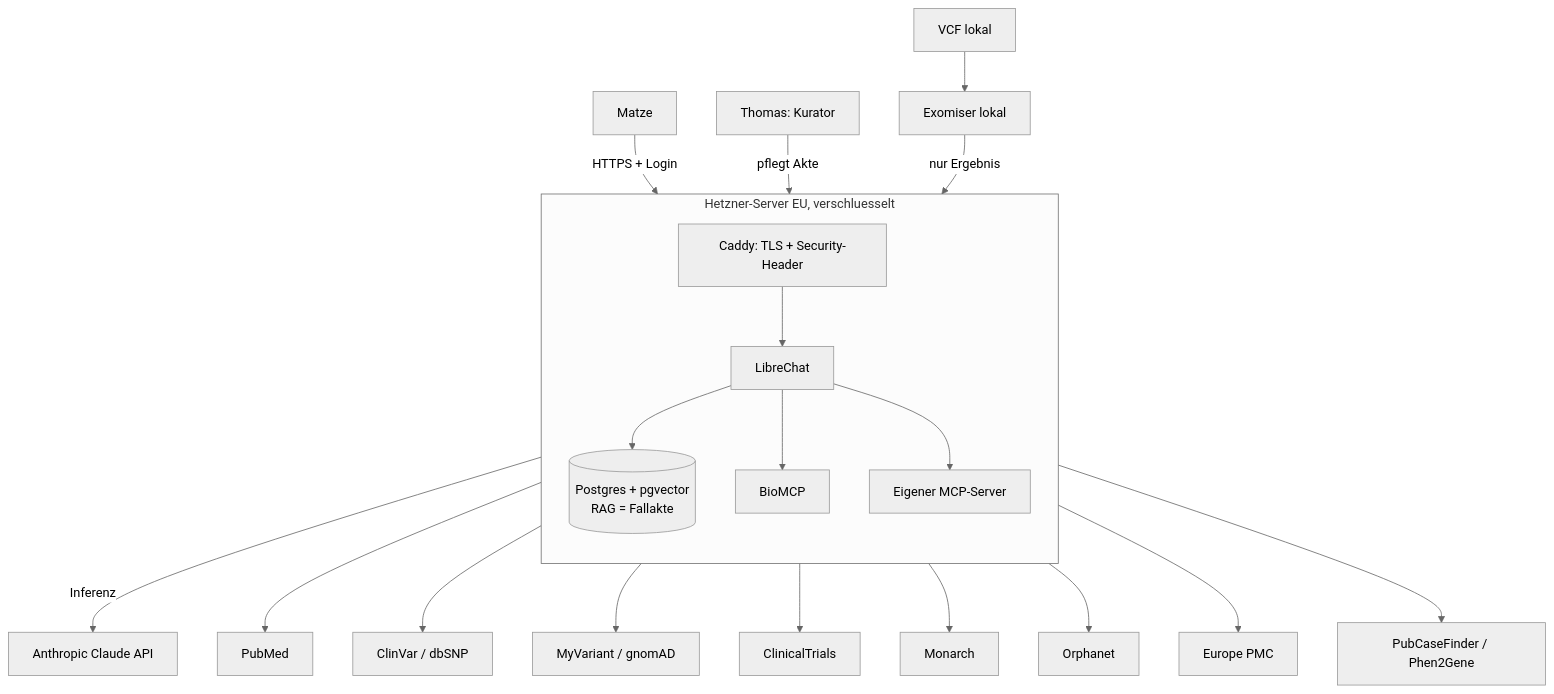
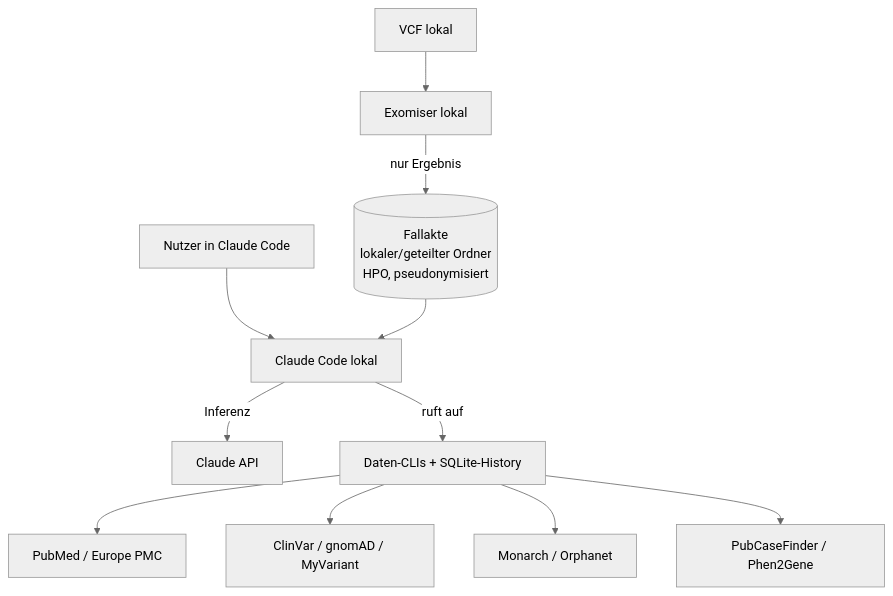
The diagram in docs/architektur.md (tombalabomba/rare-disease-compass), drawn with Mermaid before and after one commit. The commit also changed other lines of this file and 48 other files, not shown here.

First line of the commit message:
refactor: Architektur-Pivot auf lokales Claude-Code + CLIs, Open Source

````diff
--- a/docs/architektur.md
+++ b/docs/architektur.md
@@ -16,23 +16,13 @@
 ```mermaid
 %%{init: {'theme': 'neutral'}}%%
 flowchart TB
-    M[Matze] -->|HTTPS + Login| LC
-    T[Thomas: Kurator] -->|pflegt Akte| LC
-    subgraph SRV[Hetzner-Server EU, verschluesselt]
-      direction TB
-      CADDY[Caddy: TLS + Security-Header] --> LC[LibreChat]
-      LC --> PG[(Postgres + pgvector<br/>RAG = Fallakte)]
-      LC --> BIO[BioMCP]
-      LC --> CUSTOM[Eigener MCP-Server]
-    end
-    LC -->|Inferenz| CL[Anthropic Claude API]
-    BIO --> PUBMED[PubMed]
-    BIO --> CLINVAR[ClinVar / dbSNP]
-    BIO --> GNOMAD[MyVariant / gnomAD]
-    BIO --> TRIALS[ClinicalTrials]
-    CUSTOM --> MON[Monarch]
-    CUSTOM --> ORPHA[Orphanet]
-    CUSTOM --> EPMC[Europe PMC]
-    CUSTOM --> PCF[PubCaseFinder / Phen2Gene]
-    VCF[VCF lokal] --> EXO[Exomiser lokal] -->|nur Ergebnis| PG
+    U[Nutzer in Claude Code] --> CC[Claude Code lokal]
+    CASE[(Fallakte<br/>lokaler/geteilter Ordner<br/>HPO, pseudonymisiert)] --> CC
+    CC -->|Inferenz| CL[Claude API]
+    CC -->|ruft auf| CLIS[Daten-CLIs + SQLite-History]
+    CLIS --> PUB[PubMed / Europe PMC]
+    CLIS --> VAR[ClinVar / gnomAD / MyVariant]
+    CLIS --> GRAPH[Monarch / Orphanet]
+    CLIS --> DDX[PubCaseFinder / Phen2Gene]
+    VCF[VCF lokal] --> EXO[Exomiser lokal] -->|nur Ergebnis| CASE
 ```
````
